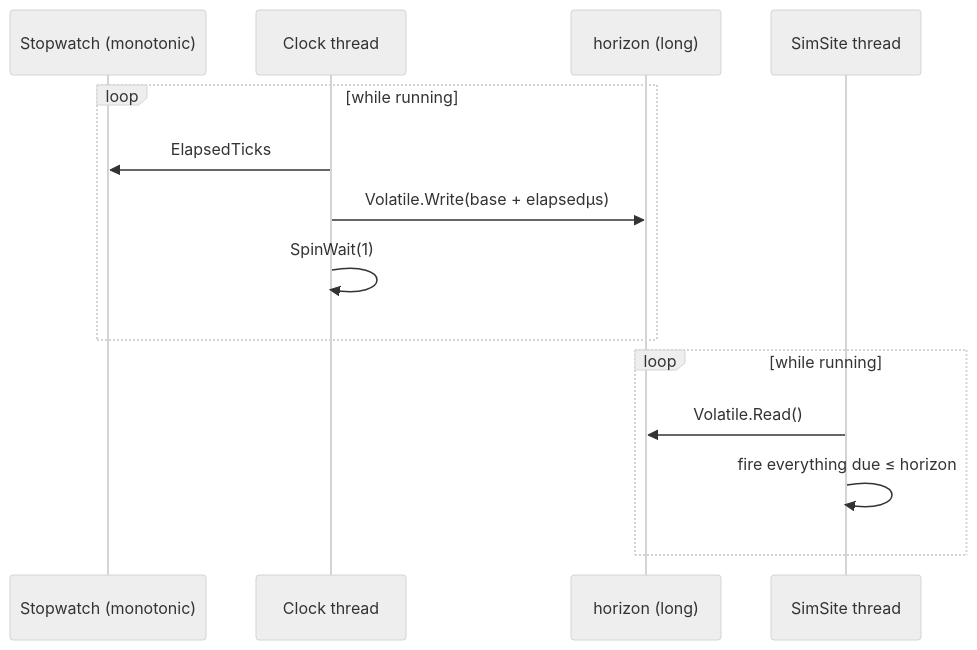
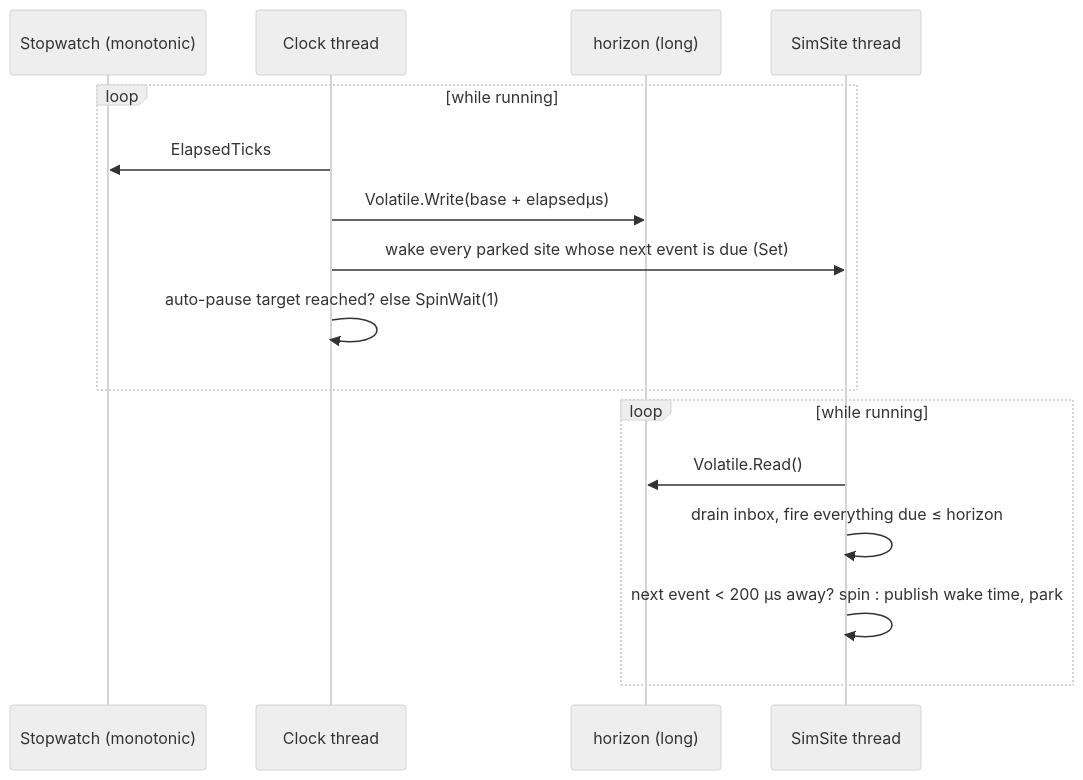
The first of 3 diagrams in public/content/time-and-clock.md (SimulaSharp-org/simulasharp-docs), drawn with Mermaid (neutral theme) before and after one commit. The commit also changed other lines of this file and 2 other files, not shown here.

Commit message:
Bring the time and scheduling pages up to 0.5.3, the clock wake-up, mission start and queue APIs had changed

````diff
--- a/public/content/time-and-clock.md
+++ b/public/content/time-and-clock.md
@@ -14,16 +14,18 @@
 ```mermaid
 sequenceDiagram
   participant SW as Stopwatch (monotonic)
   participant CT as Clock thread
   participant H as horizon (long)
   participant Site as SimSite thread
   loop while running
     CT->>SW: ElapsedTicks
     CT->>H: Volatile.Write(base + elapsedµs)
-    CT->>CT: SpinWait(1)
+    CT->>Site: wake every parked site whose next event is due (Set)
+    CT->>CT: auto-pause target reached? else SpinWait(1)
   end
   loop while running
     Site->>H: Volatile.Read()
-    Site->>Site: fire everything due ≤ horizon
+    Site->>Site: drain inbox, fire everything due ≤ horizon
+    Site->>Site: next event < 200 µs away? spin : publish wake time, park
   end
 ```
````
